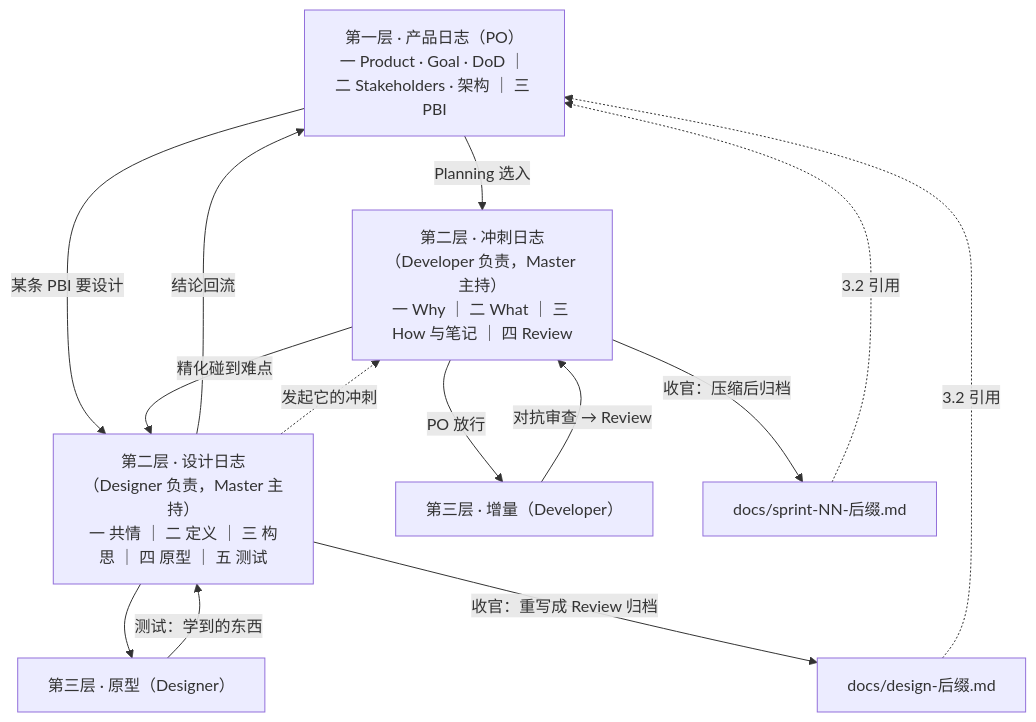
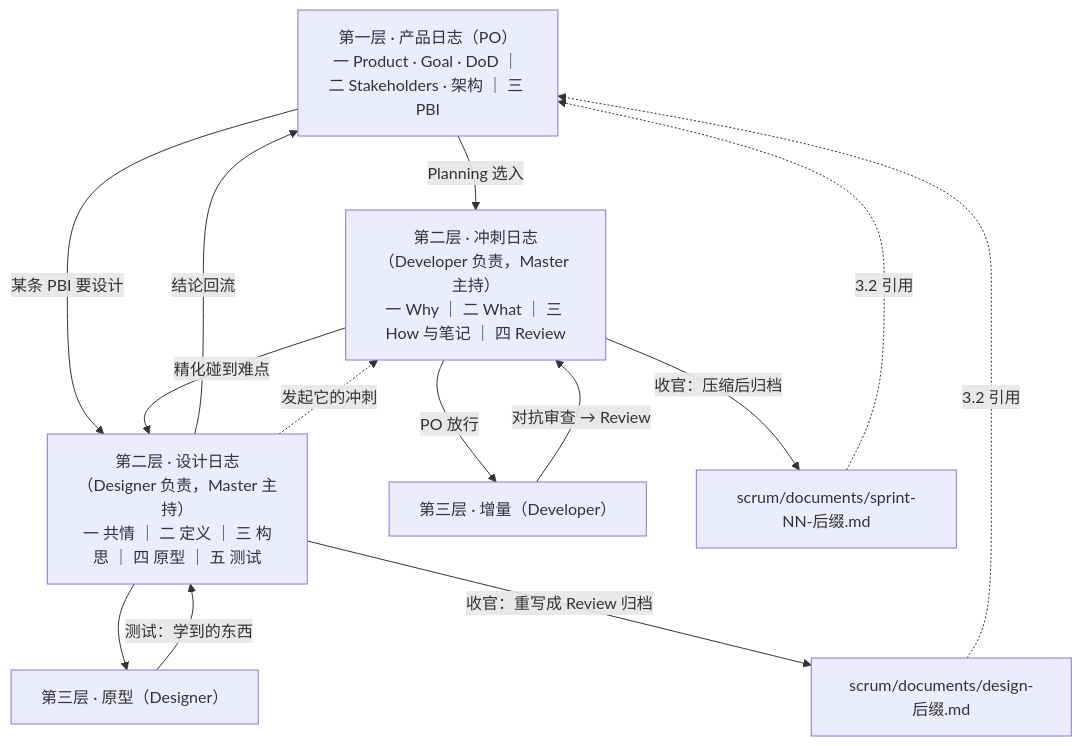
Before and after one commit to seapawn1/IDEO-Scrum: the second of 3 diagrams in scrum/ProductBacklog.md, drawn with Mermaid. The commit also changed other lines of this file and 15 other files, not shown here.

First line of the commit message:
refactor: 文档文件夹定为 scrum/documents/——约定改写、本仓库 docs/ 迁入；scrum-kernel 描述补 Product/Sprint Backlog；规模按会话数

````diff
--- a/scrum/ProductBacklog.md
+++ b/scrum/ProductBacklog.md
@@ -114,17 +114,17 @@
 ```mermaid
 flowchart TD
     PL["第一层 · 产品日志（PO）<br/>一 Product · Goal · DoD ｜ 二 Stakeholders · 架构 ｜ 三 PBI"]
     PL -- "Planning 选入" --> SL["第二层 · 冲刺日志（Developer 负责，Master 主持）<br/>一 Why ｜ 二 What ｜ 三 How 与笔记 ｜ 四 Review"]
     PL -- "某条 PBI 要设计" --> DL["第二层 · 设计日志（Designer 负责，Master 主持）<br/>一 共情 ｜ 二 定义 ｜ 三 构思 ｜ 四 原型 ｜ 五 测试"]
     SL -- "精化碰到难点" --> DL
     SL -- "PO 放行" --> INC["第三层 · 增量（Developer）"]
     DL --> PR["第三层 · 原型（Designer）"]
     INC -- "对抗审查 → Review" --> SL
     PR -- "测试：学到的东西" --> DL
     DL -- "结论回流" --> PL
     DL -. "发起它的冲刺" .-> SL
-    SL -- "收官：压缩后归档" --> DOC["docs/sprint-NN-后缀.md"]
-    DL -- "收官：重写成 Review 归档" --> DDOC["docs/design-后缀.md"]
+    SL -- "收官：压缩后归档" --> DOC["scrum/documents/sprint-NN-后缀.md"]
+    DL -- "收官：重写成 Review 归档" --> DDOC["scrum/documents/design-后缀.md"]
     DOC -. "3.2 引用" .-> PL
     DDOC -. "3.2 引用" .-> PL
 ```
````
